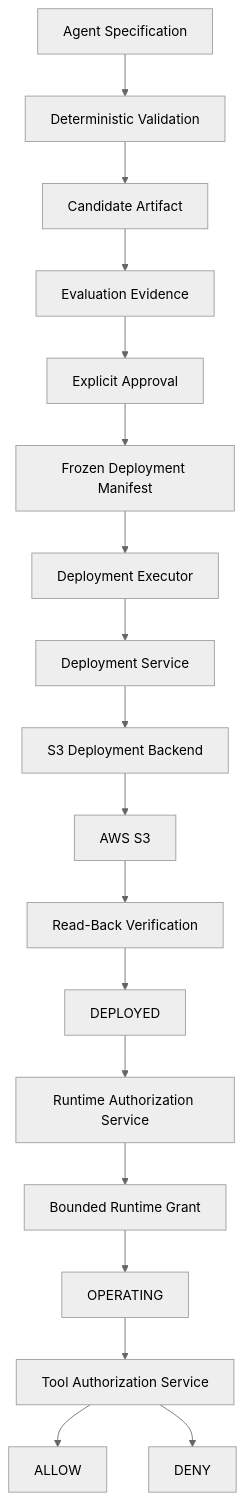
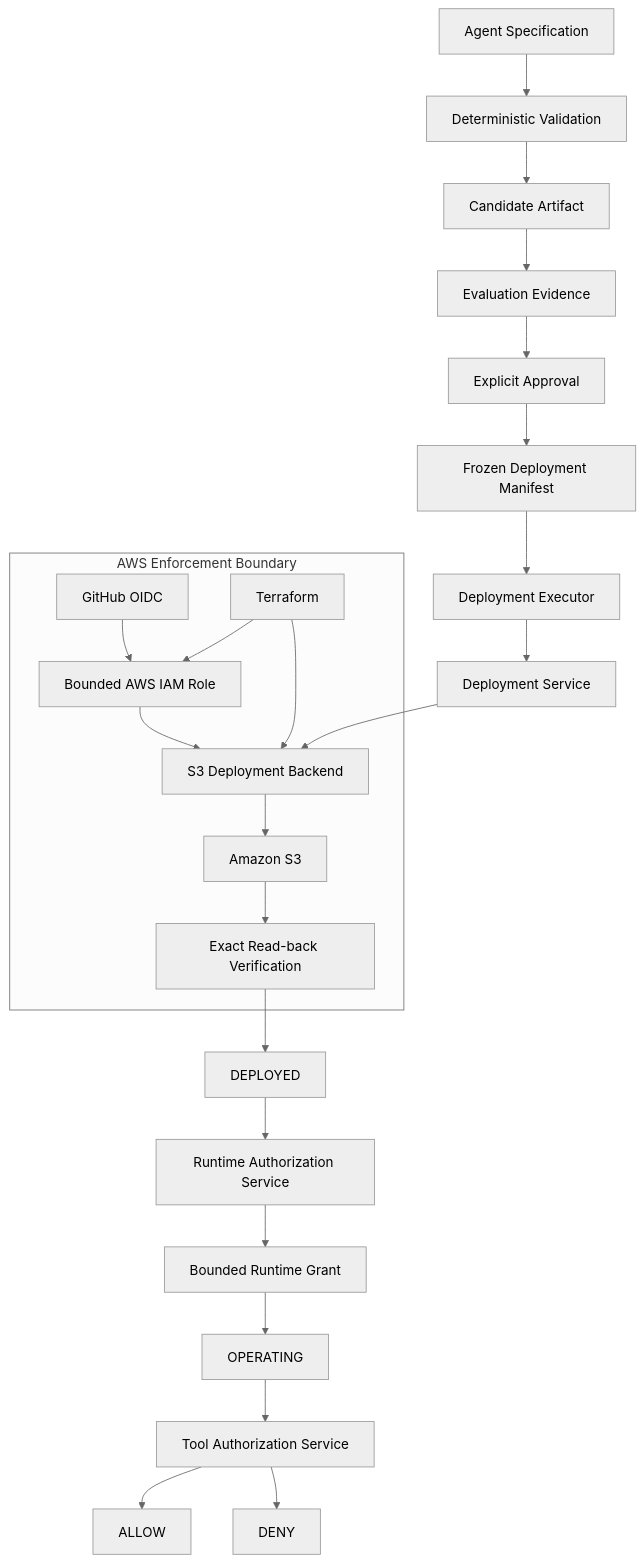
Before and after one commit to TAM-DS/agent-foundry: the second of 2 diagrams in README.md, drawn with Mermaid (neutral theme). The commit also changed other lines of this file, not shown here.

Commit message:
Reframe Agent Foundry around AWS + AI governance

````diff
--- a/README.md
+++ b/README.md
@@ -179,22 +241,29 @@
 ```mermaid
 flowchart TD
     A[Agent Specification] --> B[Deterministic Validation]
     B --> C[Candidate Artifact]
     C --> D[Evaluation Evidence]
     D --> E[Explicit Approval]
     E --> F[Frozen Deployment Manifest]
+
     F --> G[Deployment Executor]
     G --> H[Deployment Service]
-    H --> I[S3 Deployment Backend]
-    I --> J[AWS S3]
-    J --> K[Read-Back Verification]
+
+    subgraph AWS["AWS Enforcement Boundary"]
+        X[GitHub OIDC] --> Y[Bounded AWS IAM Role]
+        Y --> I[S3 Deployment Backend]
+        T[Terraform] --> Y
+        T --> I
+        I --> J[Amazon S3]
+        J --> K[Exact Read-back Verification]
+    end
+
+    H --> I
     K --> L[DEPLOYED]
-
     L --> M[Runtime Authorization Service]
     M --> N[Bounded Runtime Grant]
     N --> O[OPERATING]
-
     O --> P[Tool Authorization Service]
     P --> Q[ALLOW]
     P --> R[DENY]
 ```
````
